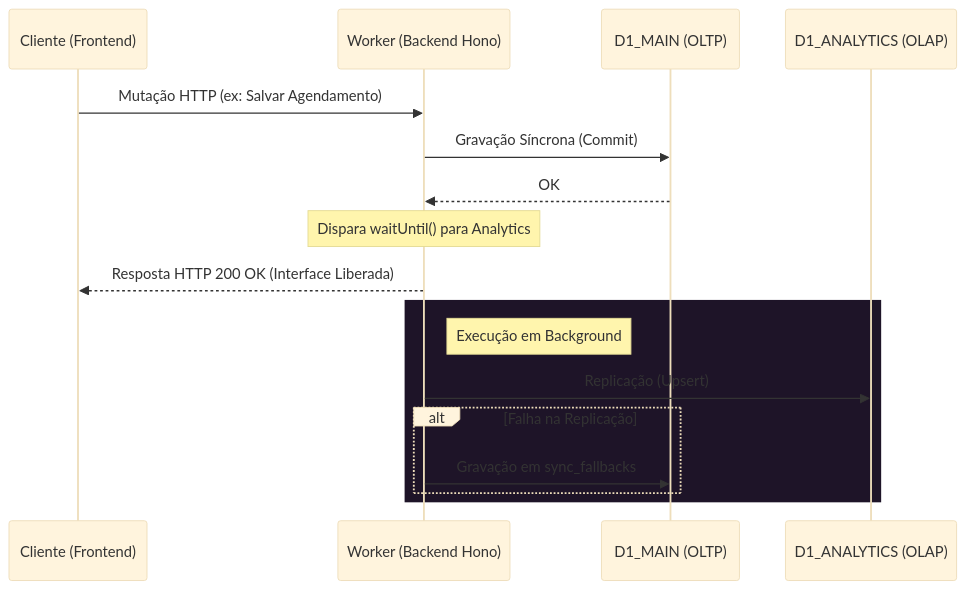
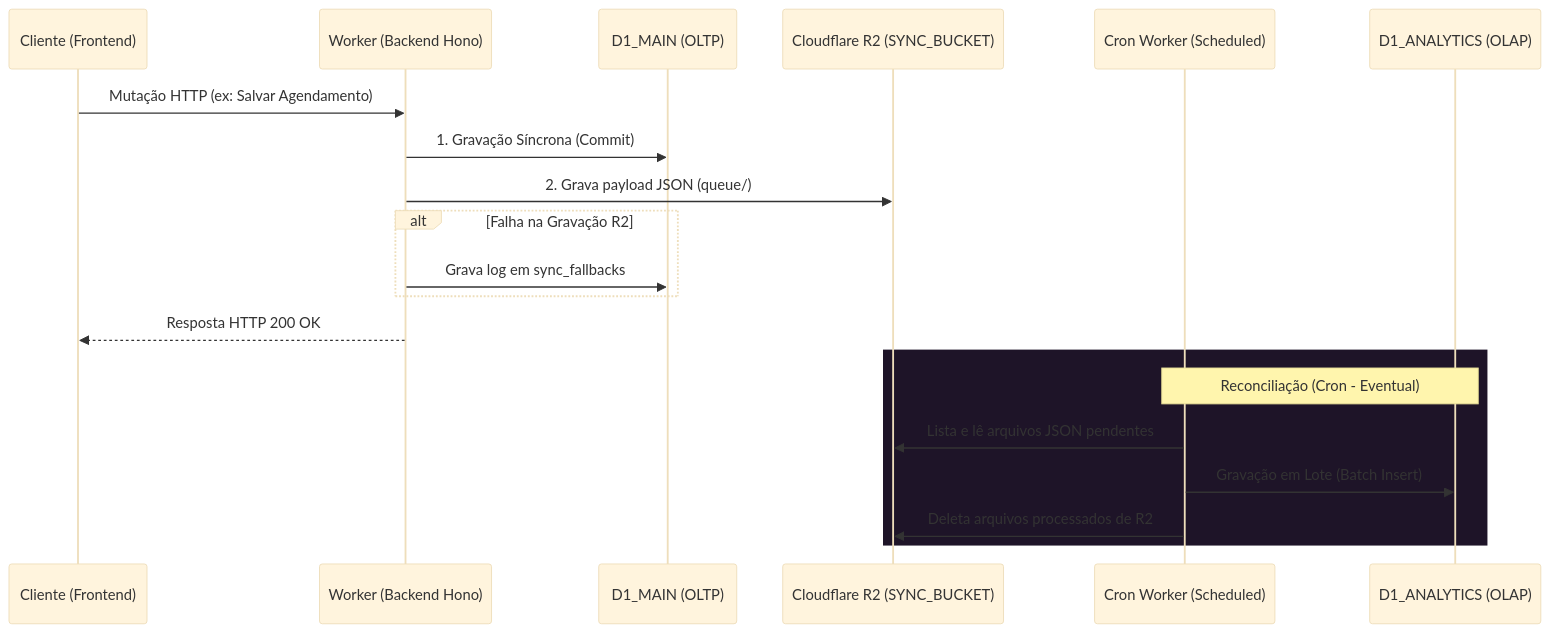
One commit to lumenpink/aura changed the diagram in apps/internal-docs/src/content/docs/data-e-api.mdx. Above: the diagram before and after it, drawn with Mermaid (base theme). The commit also changed other lines of this file and 9 other files, not shown here.

````diff
--- a/apps/internal-docs/src/content/docs/data-e-api.mdx
+++ b/apps/internal-docs/src/content/docs/data-e-api.mdx
@@ -20,21 +23,24 @@
 ```mermaid
 sequenceDiagram
     participant Client as Cliente (Frontend)
     participant Worker as Worker (Backend Hono)
     participant D1Main as D1_MAIN (OLTP)
+    participant R2 as Cloudflare R2 (SYNC_BUCKET)
+    participant Cron as Cron Worker (Scheduled)
     participant D1Analytics as D1_ANALYTICS (OLAP)
 
     Client->>Worker: Mutação HTTP (ex: Salvar Agendamento)
-    Worker->>D1Main: Gravação Síncrona (Commit)
-    D1Main-->>Worker: OK
-    Note over Worker: Dispara waitUntil() para Analytics
-    Worker-->>Client: Resposta HTTP 200 OK (Interface Liberada)
+    Worker->>D1Main: 1. Gravação Síncrona (Commit)
+    Worker->>R2: 2. Grava payload JSON (queue/)
+    alt Falha na Gravação R2
+        Worker->>D1Main: Grava log em sync_fallbacks
+    end
+    Worker-->>Client: Resposta HTTP 200 OK
     
     rect rgb(30, 20, 40)
-        Note right of Worker: Execução em Background
-        Worker->>D1Analytics: Replicação (Upsert)
-        alt Falha na Replicação
-            Worker->>D1Main: Gravação em sync_fallbacks
-        end
+        Note over Cron, D1Analytics: Reconciliação (Cron - Eventual)
+        Cron->>R2: Lista e lê arquivos JSON pendentes
+        Cron->>D1Analytics: Gravação em Lote (Batch Insert)
+        Cron->>R2: Deleta arquivos processados de R2
     end
 ```
````
